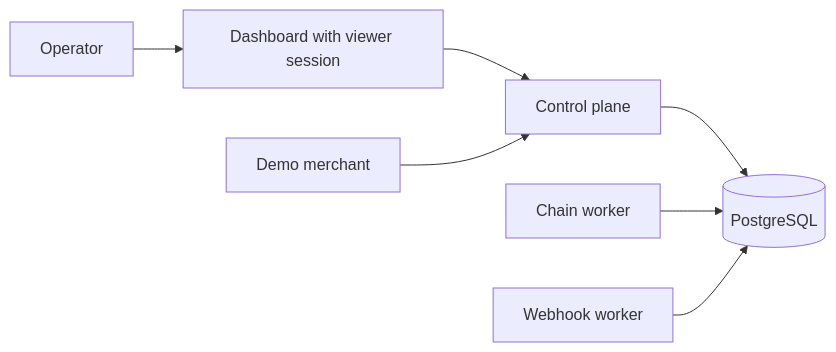
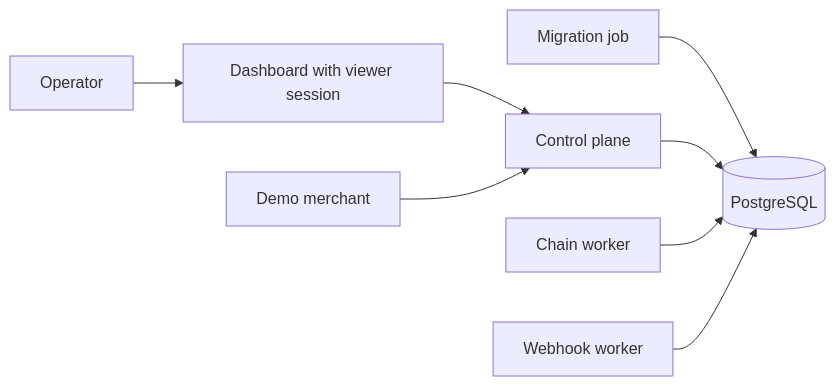
One commit to split402protocol/splitx402 changed the diagram in docs/runbooks/phase7-hosted-staging.md. Above: the diagram before and after it, drawn with Mermaid. The commit also changed other lines of this file and 8 other files, not shown here.

Commit message:
Add Phase 7 control-plane migration job

````diff
--- a/docs/runbooks/phase7-hosted-staging.md
+++ b/docs/runbooks/phase7-hosted-staging.md
@@ -9,17 +9,19 @@
 ```mermaid
 flowchart LR
   Operator["Operator"]
   Dashboard["Dashboard with viewer session"]
+  Migrate["Migration job"]
   Control["Control plane"]
   Postgres[("PostgreSQL")]
   Merchant["Demo merchant"]
   ChainWorker["Chain worker"]
   WebhookWorker["Webhook worker"]
 
   Operator --> Dashboard
+  Migrate --> Postgres
   Dashboard --> Control
   Merchant --> Control
   Control --> Postgres
   ChainWorker --> Postgres
   WebhookWorker --> Postgres
 ```
````
